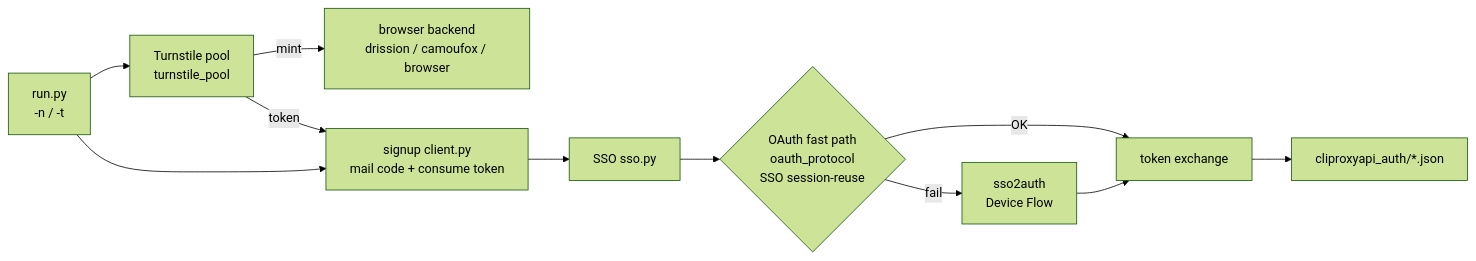
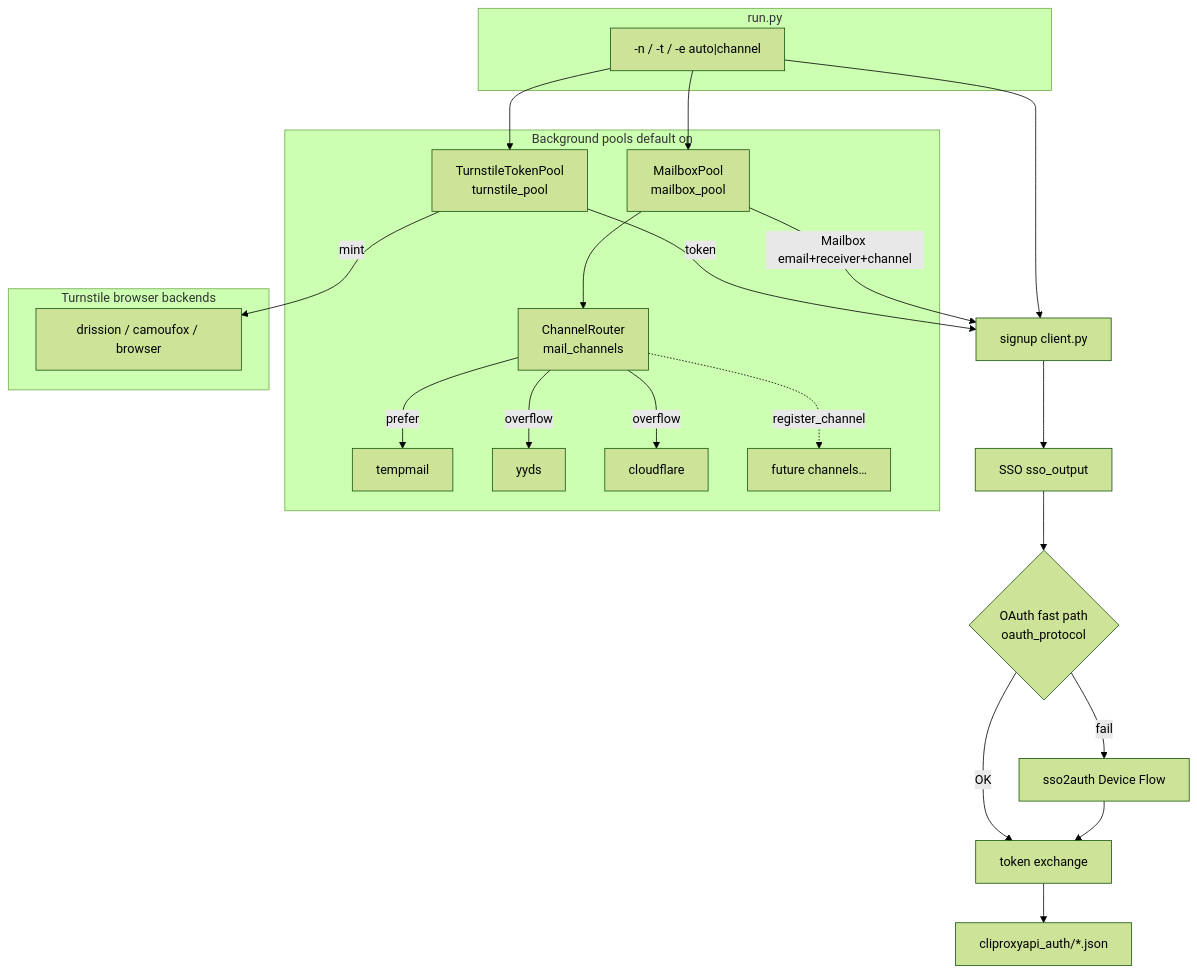
Before and after one commit to starlight02/grok-build-auth: the diagram in README.en.md, drawn with Mermaid (forest theme). The commit also changed other lines of this file and 9 other files, not shown here.

Commit message:
feat(mail): multi-channel pool with prefer-overflow routing and quota classifiers

````diff
--- a/README.en.md
+++ b/README.en.md
@@ -68,13 +69,34 @@
 ```mermaid
-flowchart LR
-    A[run.py<br/>-n / -t] --> P[Turnstile pool<br/>turnstile_pool]
-    P -->|mint| S[browser backend<br/>drission / camoufox / browser]
-    A --> B[signup client.py<br/>mail code + consume token]
-    P -->|token| B
-    B --> C[SSO sso.py]
-    C --> D{OAuth fast path<br/>oauth_protocol<br/>SSO session-reuse}
+flowchart TB
+    subgraph entry [run.py]
+      A["-n / -t / -e auto|channel"]
+    end
+
+    subgraph pools [Background pools default on]
+      TP[TurnstileTokenPool<br/>turnstile_pool]
+      MP[MailboxPool<br/>mailbox_pool]
+      R[ChannelRouter<br/>mail_channels]
+      MP --> R
+      R -->|prefer| TM[tempmail]
+      R -->|overflow| YY[yyds]
+      R -->|overflow| CF[cloudflare]
+      R -.->|register_channel| X[future channels…]
+    end
+
+    subgraph browser [Turnstile browser backends]
+      S[drission / camoufox / browser]
+    end
+
+    A --> TP
+    A --> MP
+    TP -->|mint| S
+    A --> B[signup client.py]
+    TP -->|token| B
+    MP -->|Mailbox email+receiver+channel| B
+    B --> C[SSO sso_output]
+    C --> D{OAuth fast path<br/>oauth_protocol}
     D -->|OK| E[token exchange]
-    D -->|fail| F[sso2auth<br/>Device Flow]
+    D -->|fail| F[sso2auth Device Flow]
     F --> E
     E --> G[cliproxyapi_auth/*.json]
 ```
````
